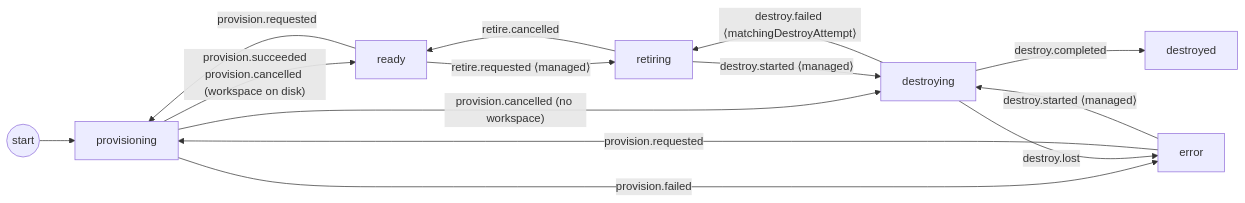
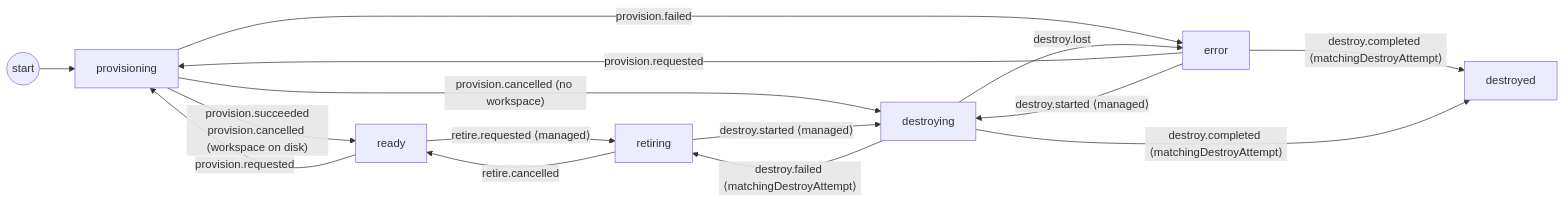
One commit to get-bb/bb changed the second of 2 diagrams in docs/lifecycle-diagrams.md. Above: the diagram before and after it, drawn with Mermaid. The commit also changed 17 other files, not shown here.

````diff
--- a/docs/lifecycle-diagrams.md
+++ b/docs/lifecycle-diagrams.md
@@ -49,23 +49,24 @@
 ```mermaid
 flowchart LR
     __start((start))
     provisioning["provisioning"]
     ready["ready"]
     retiring["retiring"]
     error["error"]
     destroying["destroying"]
     destroyed["destroyed"]
     __start --> provisioning
     provisioning -->|"provision.succeeded<br/>provision.cancelled (workspace on disk)"| ready
     provisioning -->|"provision.failed"| error
     provisioning -->|"provision.cancelled (no workspace)"| destroying
     ready -->|"provision.requested"| provisioning
     ready -->|"retire.requested ⟨managed⟩"| retiring
     retiring -->|"retire.cancelled"| ready
     retiring -->|"destroy.started ⟨managed⟩"| destroying
     error -->|"provision.requested"| provisioning
     error -->|"destroy.started ⟨managed⟩"| destroying
-    destroying -->|"destroy.completed"| destroyed
+    error -->|"destroy.completed ⟨matchingDestroyAttempt⟩"| destroyed
+    destroying -->|"destroy.completed ⟨matchingDestroyAttempt⟩"| destroyed
     destroying -->|"destroy.failed ⟨matchingDestroyAttempt⟩"| retiring
     destroying -->|"destroy.lost"| error
 ```
````
